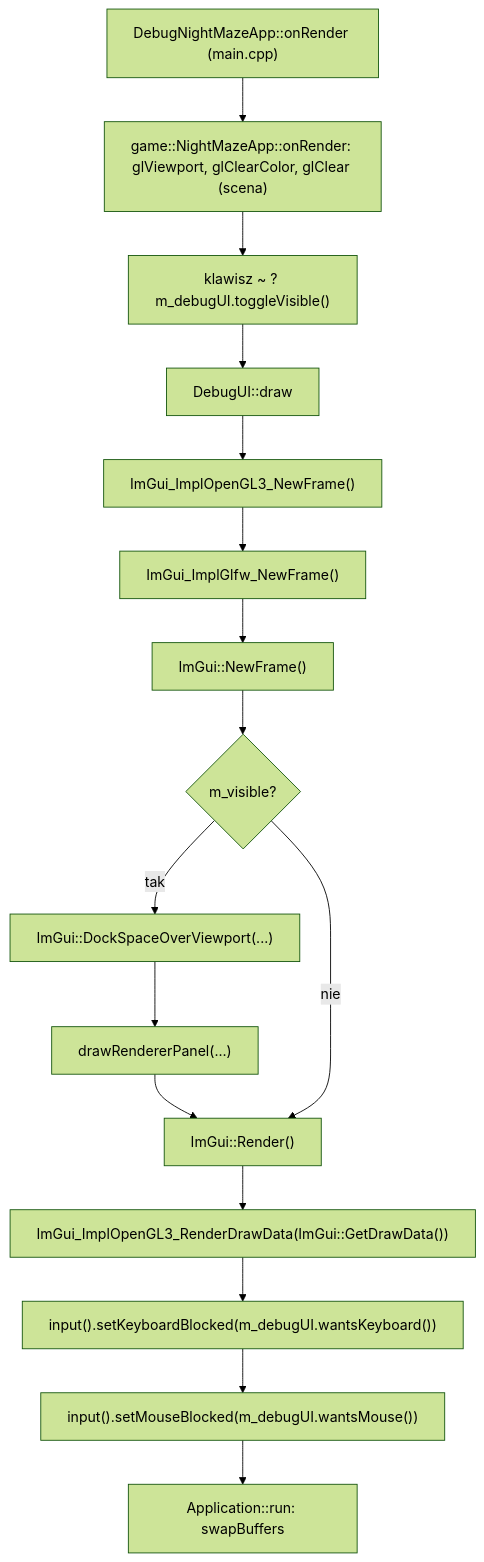
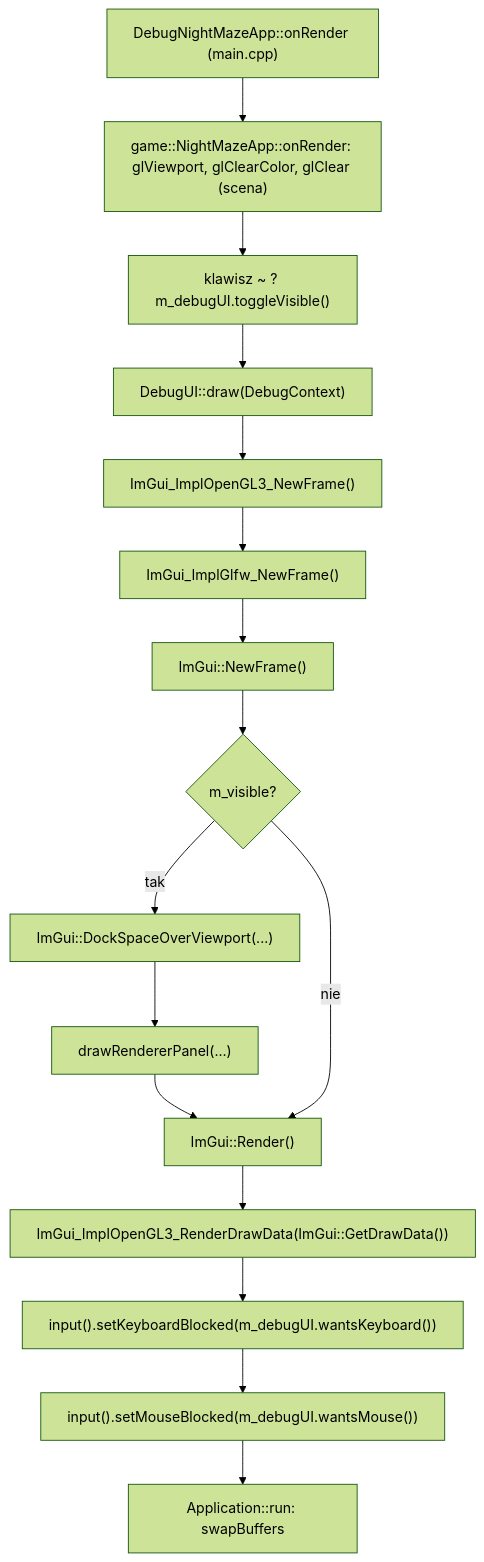
One commit to Shironex/night-maze changed the first of 2 diagrams in docs/modules/debug-ui.md. Above: the diagram before and after it, drawn with Mermaid (forest theme). The commit also changed other lines of this file and 10 other files, not shown here.

First line of the commit message:
refactor(debug): pass one context struct to DebugUI::draw

````diff
--- a/docs/modules/debug-ui.md
+++ b/docs/modules/debug-ui.md
@@ -24,18 +24,18 @@
 ```mermaid
 flowchart TD
     A["DebugNightMazeApp::onRender (main.cpp)"] --> B["game::NightMazeApp::onRender: glViewport, glClearColor, glClear (scena)"]
     B --> T["klawisz ~ ? m_debugUI.toggleVisible()"]
-    T --> C["DebugUI::draw"]
+    T --> C["DebugUI::draw(DebugContext)"]
     C --> D["ImGui_ImplOpenGL3_NewFrame()"]
     D --> E["ImGui_ImplGlfw_NewFrame()"]
     E --> F["ImGui::NewFrame()"]
     F --> G{"m_visible?"}
     G -->|tak| H["ImGui::DockSpaceOverViewport(...)"]
     H --> I["drawRendererPanel(...)"]
     I --> J["ImGui::Render()"]
     G -->|nie| J
     J --> K["ImGui_ImplOpenGL3_RenderDrawData(ImGui::GetDrawData())"]
     K --> M["input().setKeyboardBlocked(m_debugUI.wantsKeyboard())"]
     M --> N["input().setMouseBlocked(m_debugUI.wantsMouse())"]
     N --> L["Application::run: swapBuffers"]
 ```
````
